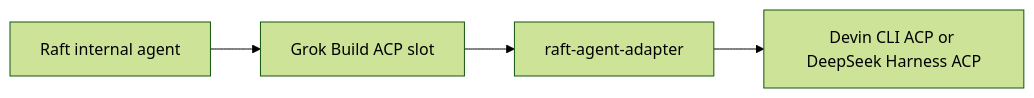
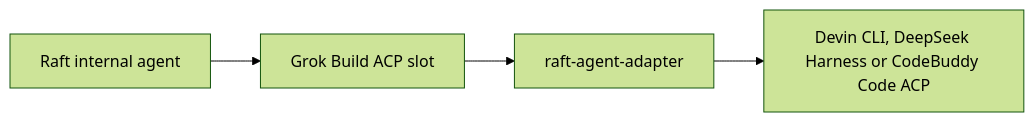
Before and after one commit to CST18057/raft-agent-adapter: the diagram in README.md, drawn with Mermaid (forest theme). The commit also changed other lines of this file and 11 other files, not shown here.

First line of the commit message:
feat: add CodeBuddy Code backend behind the Grok ACP slot

````diff
--- a/README.md
+++ b/README.md
@@ -12,6 +12,6 @@
 ```mermaid
 flowchart LR
     A[Raft internal agent] --> B[Grok Build ACP slot]
     B --> C[raft-agent-adapter]
-    C --> D[Devin CLI ACP or DeepSeek Harness ACP]
+    C --> D[Devin CLI, DeepSeek Harness or CodeBuddy Code ACP]
 ```
````
